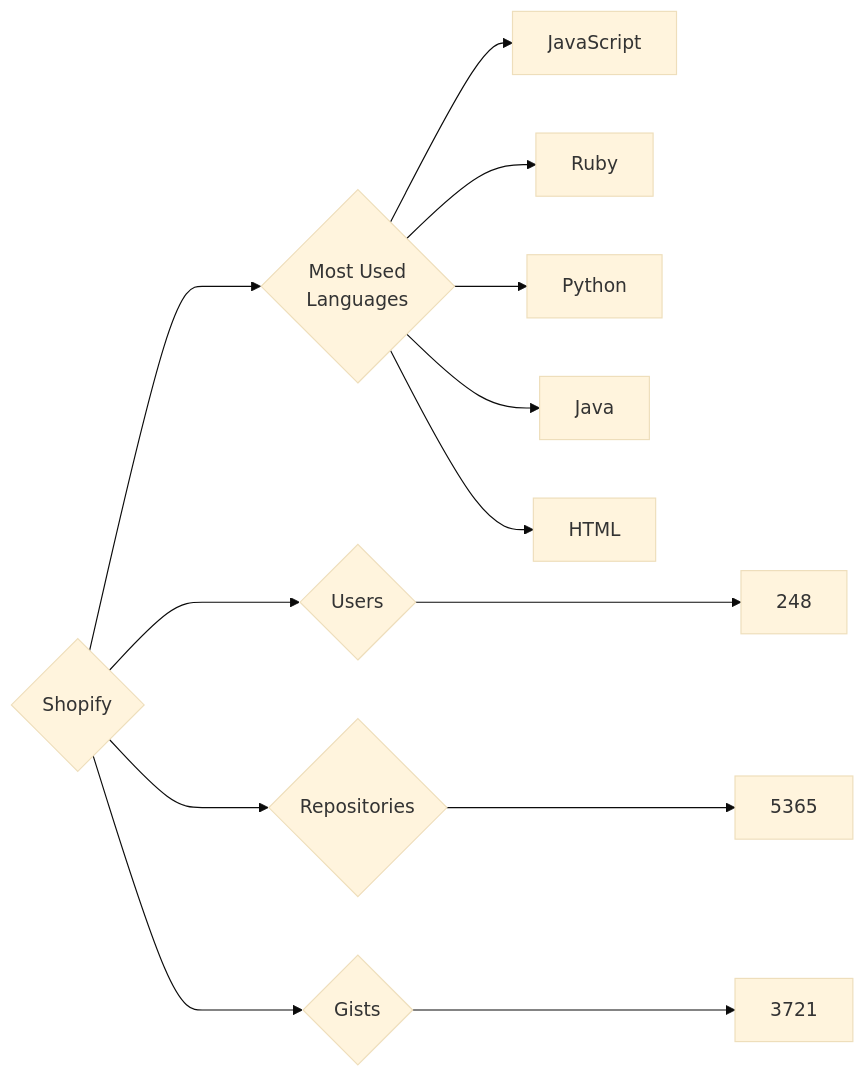
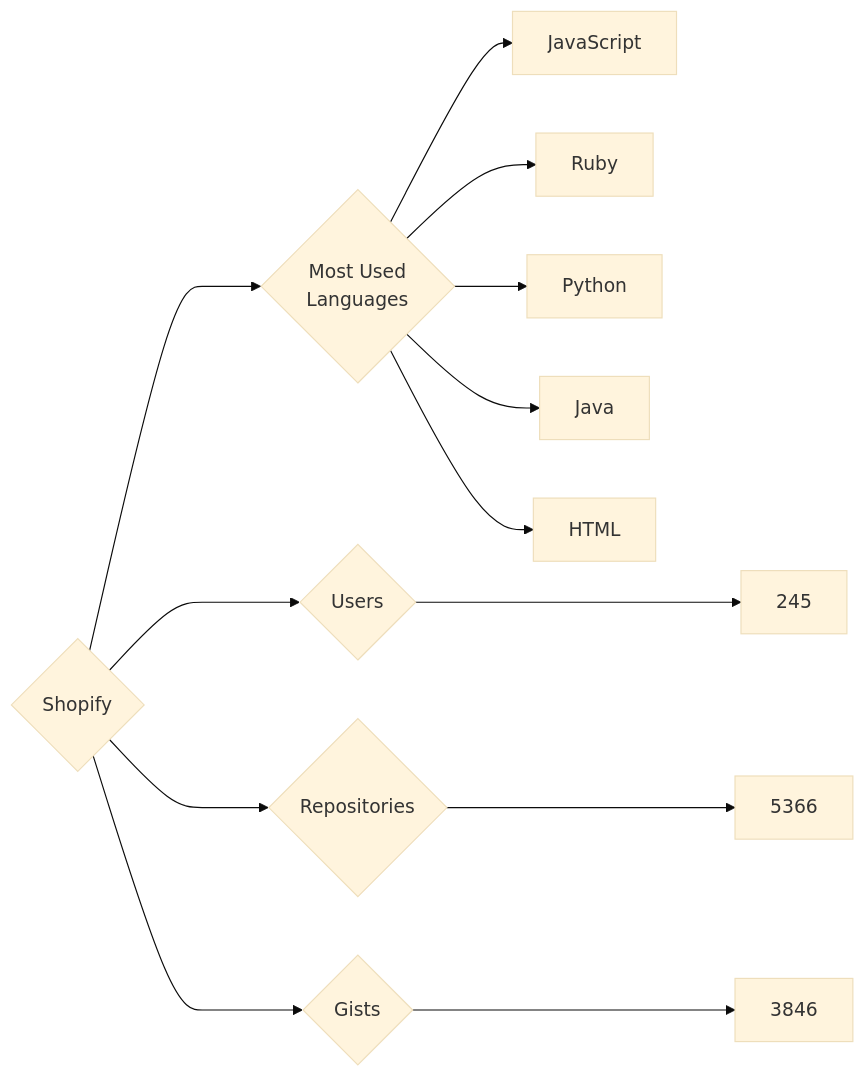
One commit to trickest/insiders changed the diagram in targets/Shopify/README.md. Above: the diagram before and after it, drawn with Mermaid (base theme). The commit also changed 870 other files, not shown here.

````diff
--- a/targets/Shopify/README.md
+++ b/targets/Shopify/README.md
@@ -3,13 +3,13 @@
 ```mermaid
 graph LR
 COMPANY_NAME{Shopify}
-COMPANY_NAME ---> U{Users} ---> UN[248]
-COMPANY_NAME ---> R{Repositories} ---> RN[5365]
-COMPANY_NAME ---> G{Gists} ---> GN[3721]
+COMPANY_NAME ---> U{Users} ---> UN[245]
+COMPANY_NAME ---> R{Repositories} ---> RN[5366]
+COMPANY_NAME ---> G{Gists} ---> GN[3846]
 COMPANY_NAME ---> ML{Most Used<br>Languages}
 ML --> JavaScript[JavaScript]
 ML --> Ruby[Ruby]
 ML --> Python[Python]
 ML --> Java[Java]
 ML --> HTML[HTML]
 ```
````
